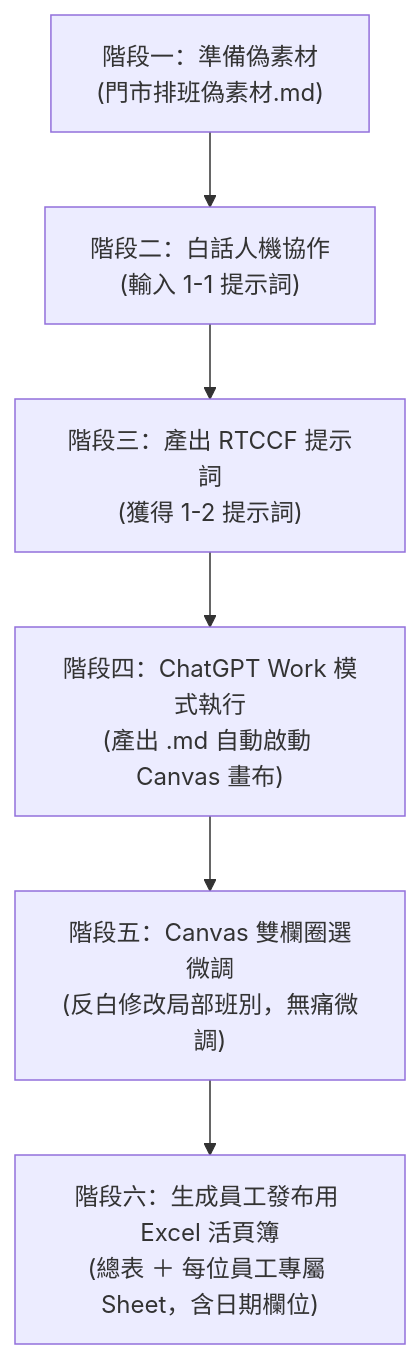
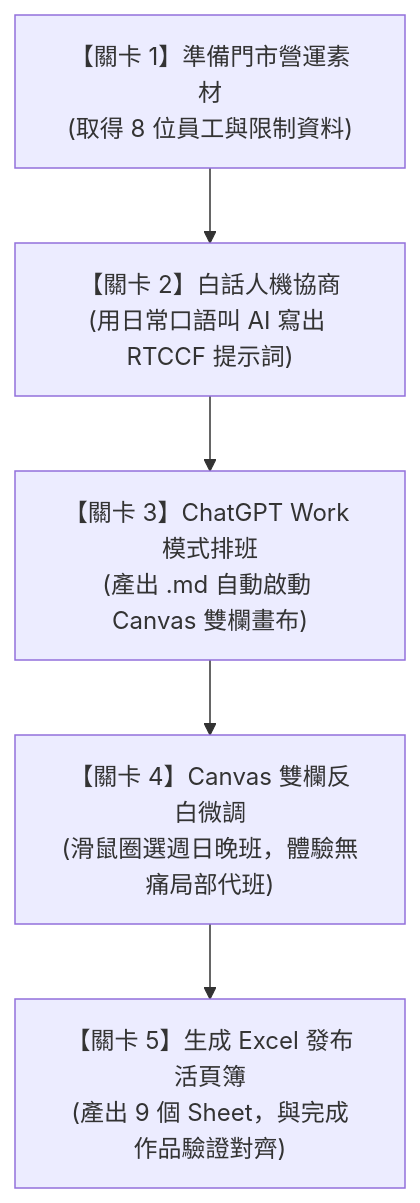
Before and after one commit to roberthsu2003/workflow-productivity: the diagram in 常見的AI應用/實戰範例/01_門市人力排班與規則檢核/README.md, drawn with Mermaid. The commit also changed other lines of this file, not shown here.

````diff
--- a/常見的AI應用/實戰範例/01_門市人力排班與規則檢核/README.md
+++ b/常見的AI應用/實戰範例/01_門市人力排班與規則檢核/README.md
@@ -104,8 +83,7 @@
 ```mermaid
 flowchart TD
-    A["階段一：準備偽素材<br/>(門市排班偽素材.md)"] --> B["階段二：白話人機協作<br/>(輸入 1-1 提示詞)"]
-    B --> C["階段三：產出 RTCCF 提示詞<br/>(獲得 1-2 提示詞)"]
-    C --> D["階段四：ChatGPT Work 模式執行<br/>(產出 .md 自動啟動 Canvas 畫布)"]
-    D --> E["階段五：Canvas 雙欄圈選微調<br/>(反白修改局部班別，無痛微調)"]
-    E --> F["階段六：生成員工發布用 Excel 活頁簿<br/>(總表 ＋ 每位員工專屬 Sheet，含日期欄位)"]
+    S1["【關卡 1】準備門市營運素材<br/>(取得 8 位員工與限制資料)"] --> S2["【關卡 2】白話人機協商<br/>(用日常口語叫 AI 寫出 RTCCF 提示詞)"]
+    S2 --> S3["【關卡 3】ChatGPT Work 模式排班<br/>(產出 .md 自動啟動 Canvas 雙欄畫布)"]
+    S3 --> S4["【關卡 4】Canvas 雙欄反白微調<br/>(滑鼠圈選週日晚班，體驗無痛局部代班)"]
+    S4 --> S5["【關卡 5】生成 Excel 發布活頁簿<br/>(產出 9 個 Sheet，與完成作品驗證對齊)"]
 ```
````
